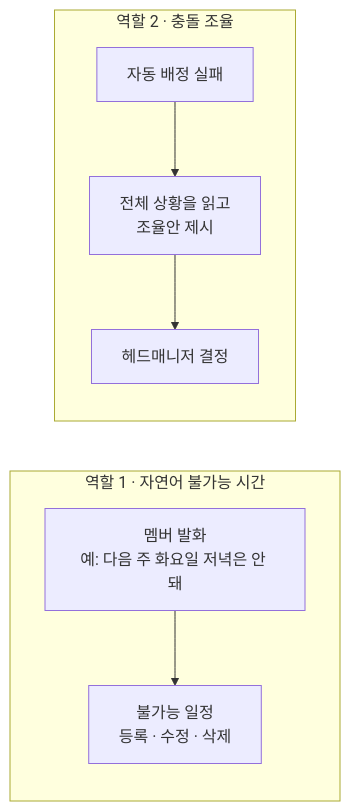
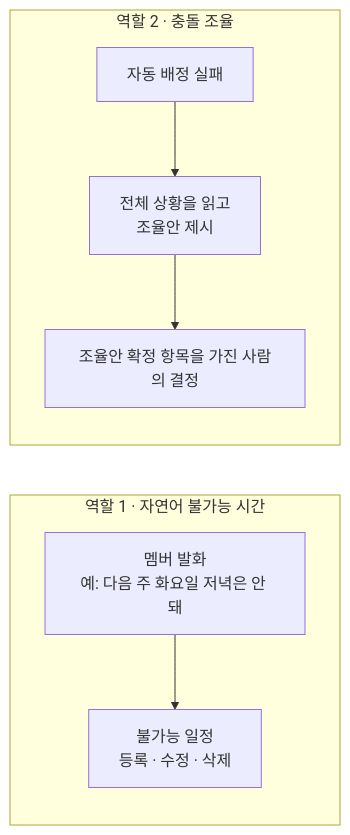
The diagram in .cluedoc/llm-assistant/README.md (minkong-dev/Banblit), drawn with Mermaid before and after one commit. The commit also changed other lines of this file and 28 other files, not shown here.

````diff
--- a/.cluedoc/llm-assistant/README.md
+++ b/.cluedoc/llm-assistant/README.md
@@ -8,9 +8,9 @@
 ```mermaid
 flowchart LR
     subgraph R1[역할 1 · 자연어 불가능 시간]
         A["멤버 발화<br/>예: 다음 주 화요일 저녁은 안 돼"] --> B[불가능 일정<br/>등록 · 수정 · 삭제]
     end
     subgraph R2[역할 2 · 충돌 조율]
-        C[자동 배정 실패] --> D[전체 상황을 읽고<br/>조율안 제시] --> E[헤드매니저 결정]
+        C[자동 배정 실패] --> D[전체 상황을 읽고<br/>조율안 제시] --> E[조율안 확정 항목을 가진 사람의 결정]
     end
 ```
````
